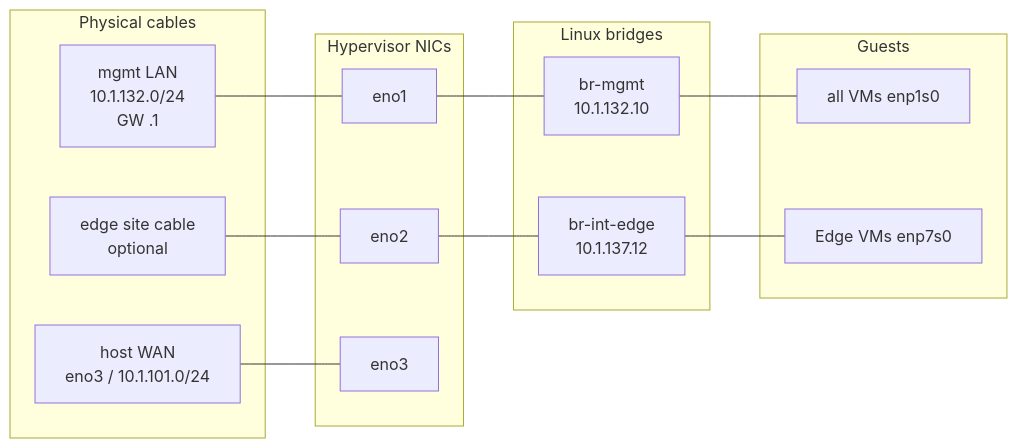
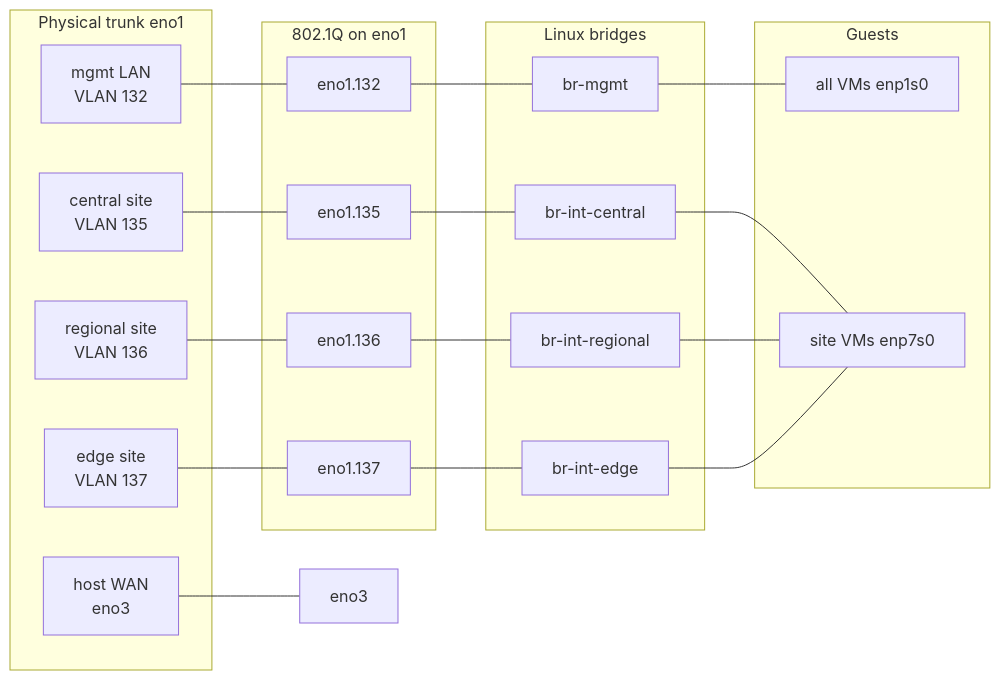
The second of 2 diagrams in docs/topology.md (FCCLab/INA-Infra), drawn with Mermaid before and after one commit. The commit also changed other lines of this file and 8 other files, not shown here.

````diff
--- a/docs/topology.md
+++ b/docs/topology.md
@@ -152,28 +164,35 @@
 ```mermaid
 flowchart LR
-  subgraph wire["Physical cables"]
-    MGMT_LAN["mgmt LAN<br/>10.1.132.0/24<br/>GW .1"]
-    EDGE_WIRE["edge site cable<br/>optional"]
-    WAN["host WAN<br/>eno3 / 10.1.101.0/24"]
+  subgraph wire["Physical trunk eno1"]
+    MGMT_LAN["mgmt LAN<br/>VLAN 132"]
+    CENTRAL["central site<br/>VLAN 135"]
+    REGIONAL["regional site<br/>VLAN 136"]
+    EDGE["edge site<br/>VLAN 137"]
+    WAN["host WAN<br/>eno3"]
   end
 
-  subgraph nics["Hypervisor NICs"]
-    eno1["eno1"]
-    eno2["eno2"]
-    eno3["eno3"]
+  subgraph vlans["802.1Q on eno1"]
+    v132["eno1.132"]
+    v135["eno1.135"]
+    v136["eno1.136"]
+    v137["eno1.137"]
   end
 
   subgraph brs["Linux bridges"]
-    BM["br-mgmt<br/>10.1.132.10"]
-    BE["br-int-edge<br/>10.1.137.12"]
+    BM["br-mgmt"]
+    BC["br-int-central"]
+    BR["br-int-regional"]
+    BE["br-int-edge"]
   end
 
   subgraph guests["Guests"]
     ALL["all VMs enp1s0"]
-    EDGE["Edge VMs enp7s0"]
+    SITE["site VMs enp7s0"]
   end
 
-  MGMT_LAN --- eno1 --- BM --- ALL
-  EDGE_WIRE --- eno2 --- BE --- EDGE
-  WAN --- eno3
+  MGMT_LAN --- v132 --- BM --- ALL
+  CENTRAL --- v135 --- BC --- SITE
+  REGIONAL --- v136 --- BR --- SITE
+  EDGE --- v137 --- BE --- SITE
+  WAN --- eno3["eno3"]
 ```
````
